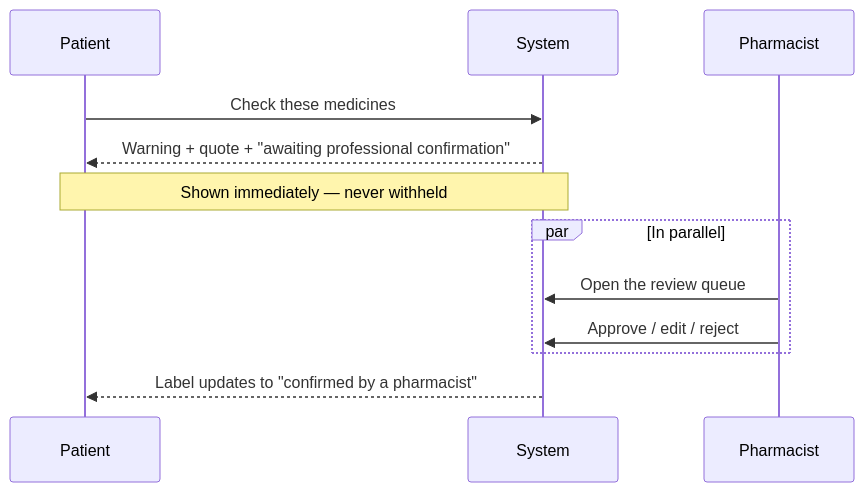
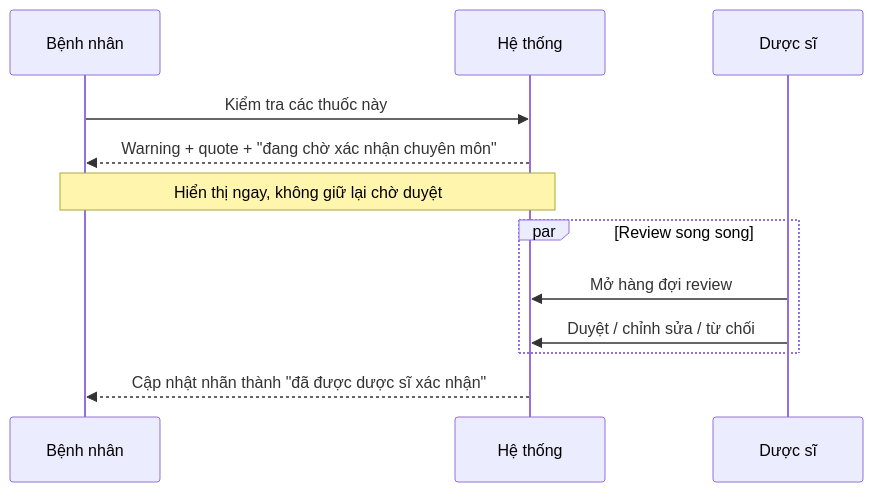
Before and after one commit to wallowxD/P054-MediGuard: the third of 3 diagrams in docs/architecture_diagram.md, drawn with Mermaid. The commit also changed other lines of this file and 85 other files, not shown here.

````diff
--- a/docs/architecture_diagram.md
+++ b/docs/architecture_diagram.md
@@ -89,15 +97,15 @@
 ```mermaid
 sequenceDiagram
-    participant P as Patient
-    participant S as System
-    participant Ph as Pharmacist
+    participant P as Bệnh nhân
+    participant S as Hệ thống
+    participant Ph as Dược sĩ
 
-    P->>S: Check these medicines
-    S-->>P: Warning + quote + "awaiting professional confirmation"
-    Note over P,S: Shown immediately — never withheld
-    par In parallel
-        Ph->>S: Open the review queue
-        Ph->>S: Approve / edit / reject
+    P->>S: Kiểm tra các thuốc này
+    S-->>P: Warning + quote + "đang chờ xác nhận chuyên môn"
+    Note over P,S: Hiển thị ngay, không giữ lại chờ duyệt
+    par Review song song
+        Ph->>S: Mở hàng đợi review
+        Ph->>S: Duyệt / chỉnh sửa / từ chối
     end
-    S-->>P: Label updates to "confirmed by a pharmacist"
+    S-->>P: Cập nhật nhãn thành "đã được dược sĩ xác nhận"
 ```
````
